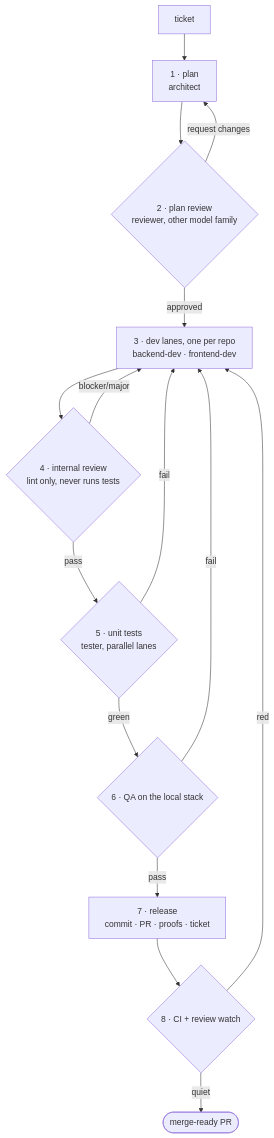
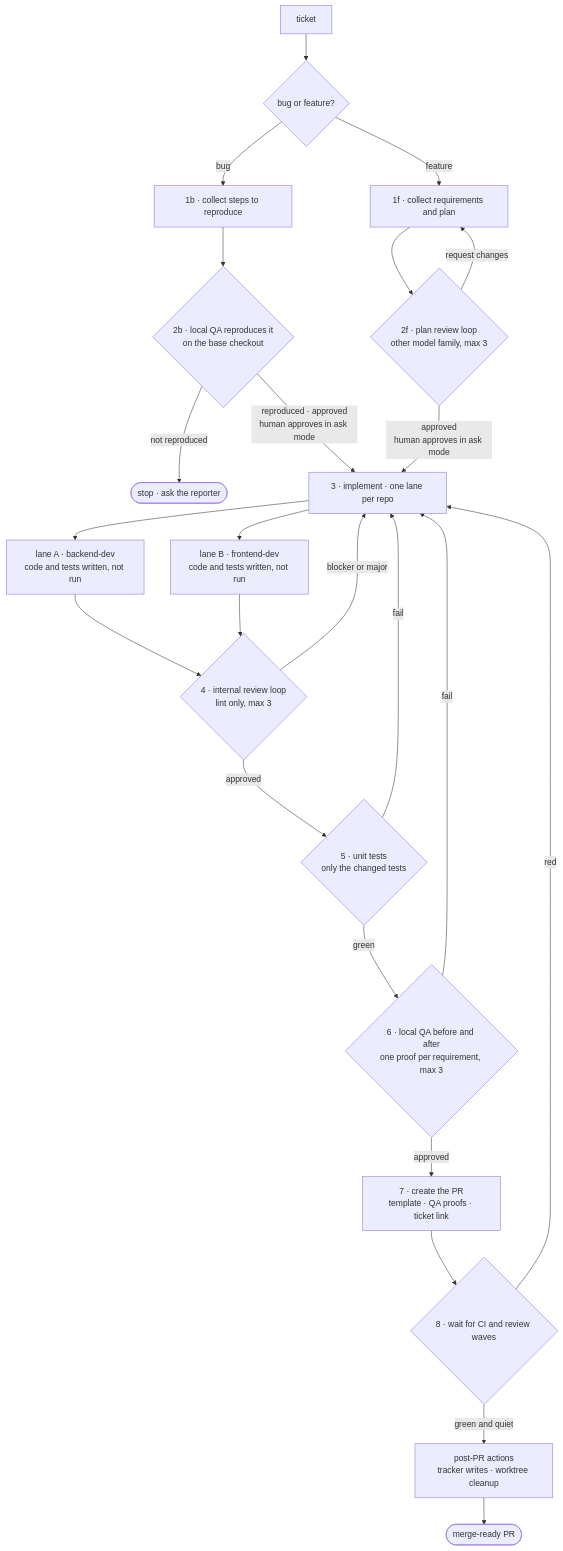
One commit to vsdudakov/troika changed the second of 9 diagrams in docs/reference/commands.md. Above: the diagram before and after it, drawn with Mermaid. The commit also changed other lines of this file and 61 other files, not shown here.

````diff
--- a/docs/reference/commands.md
+++ b/docs/reference/commands.md
@@ -55,17 +86,26 @@
 ```mermaid
 flowchart TD
-  T[ticket] --> P[1 · plan<br/>architect]
-  P --> PR{2 · plan review<br/>reviewer, other model family}
-  PR -- request changes --> P
-  PR -- approved --> D[3 · dev lanes, one per repo<br/>backend-dev · frontend-dev]
-  D --> IR{4 · internal review<br/>lint only, never runs tests}
-  IR -- blocker/major --> D
-  IR -- pass --> U{5 · unit tests<br/>tester, parallel lanes}
-  U -- fail --> D
-  U -- green --> Q{6 · QA on the local stack}
-  Q -- fail --> D
-  Q -- pass --> R[7 · release<br/>commit · PR · proofs · ticket]
-  R --> C{8 · CI + review watch}
-  C -- red --> D
-  C -- quiet --> M([merge-ready PR])
+  A[ticket] --> B{bug or feature?}
+  B -- bug --> C[1b · collect steps to reproduce]
+  C --> D{2b · local QA reproduces it<br/>on the base checkout}
+  D -- not reproduced --> E([stop · ask the reporter])
+  D -- reproduced · approved<br/>human approves in ask mode --> H
+  B -- feature --> F[1f · collect requirements and plan]
+  F --> G{2f · plan review loop<br/>other model family, max 3}
+  G -- request changes --> F
+  G -- approved<br/>human approves in ask mode --> H[3 · implement · one lane per repo]
+  H --> I[lane A · backend-dev<br/>code and tests written, not run]
+  H --> J[lane B · frontend-dev<br/>code and tests written, not run]
+  I --> K
+  J --> K{4 · internal review loop<br/>lint only, max 3}
+  K -- blocker or major --> H
+  K -- approved --> L{5 · unit tests<br/>only the changed tests}
+  L -- fail --> H
+  L -- green --> M{6 · local QA before and after<br/>one proof per requirement, max 3}
+  M -- fail --> H
+  M -- approved --> N[7 · create the PR<br/>template · QA proofs · ticket link]
+  N --> O{8 · wait for CI and review waves}
+  O -- red --> H
+  O -- green and quiet --> P[post-PR actions<br/>tracker writes · worktree cleanup]
+  P --> Q([merge-ready PR])
 ```
````
